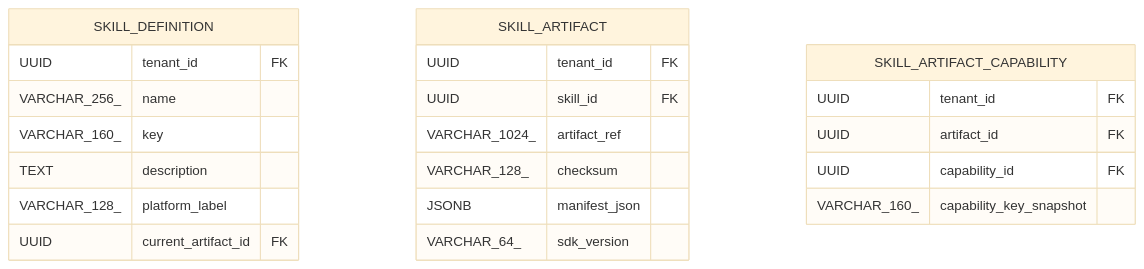
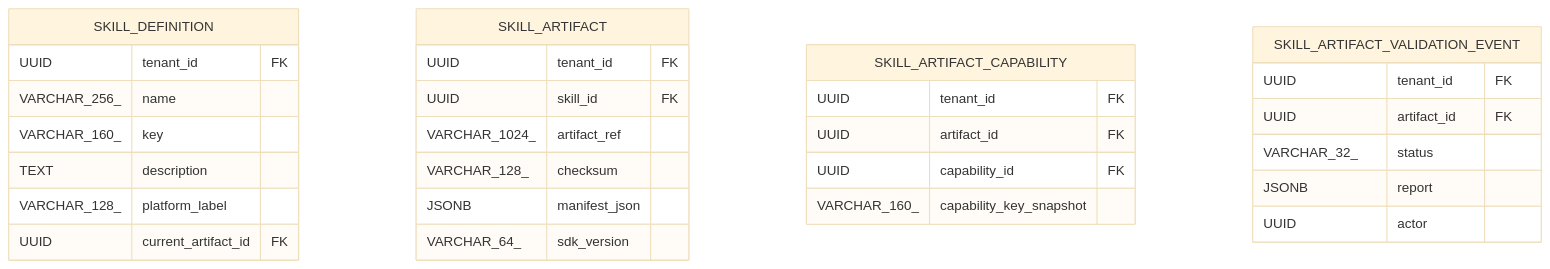
One commit to Michaelxwb/fluxion-harness changed the second of 2 diagrams in docs/02-模块设计/08-Skill-Runtime/design-full.md. Above: the diagram before and after it, drawn with Mermaid (base theme). The commit also changed other lines of this file and 53 other files, not shown here.

````diff
--- a/docs/02-模块设计/08-Skill-Runtime/design-full.md
+++ b/docs/02-模块设计/08-Skill-Runtime/design-full.md
@@ -319,25 +356,32 @@
 ```mermaid
 erDiagram
     SKILL_DEFINITION {
       UUID tenant_id FK
       VARCHAR_256_ name
       VARCHAR_160_ key
       TEXT description
       VARCHAR_128_ platform_label
       UUID current_artifact_id FK
     }
     SKILL_ARTIFACT {
       UUID tenant_id FK
       UUID skill_id FK
       VARCHAR_1024_ artifact_ref
       VARCHAR_128_ checksum
       JSONB manifest_json
       VARCHAR_64_ sdk_version
     }
     SKILL_ARTIFACT_CAPABILITY {
       UUID tenant_id FK
       UUID artifact_id FK
       UUID capability_id FK
       VARCHAR_160_ capability_key_snapshot
     }
+    SKILL_ARTIFACT_VALIDATION_EVENT {
+      UUID tenant_id FK
+      UUID artifact_id FK
+      VARCHAR_32_ status
+      JSONB report
+      UUID actor
+    }
 ```
````
